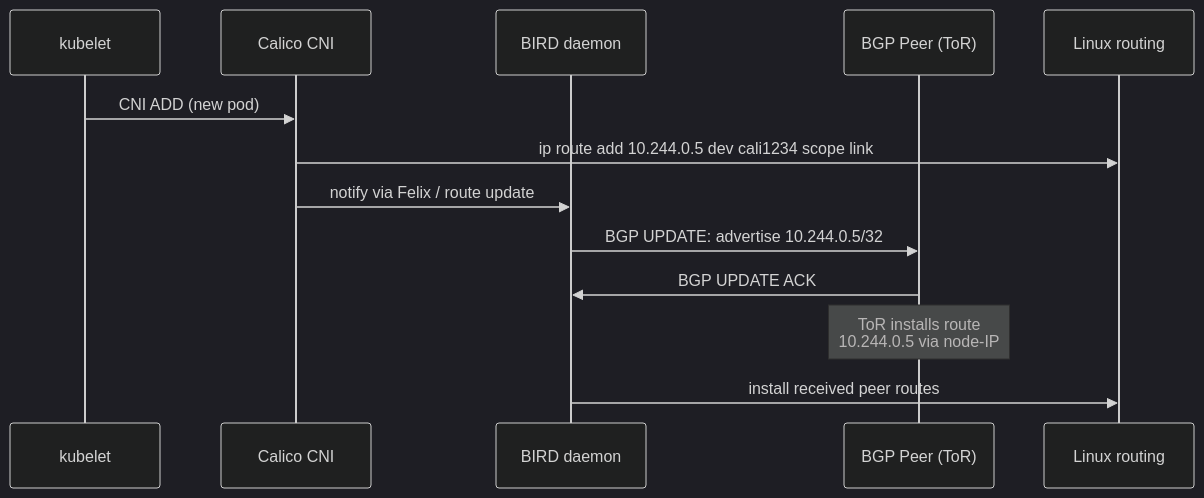
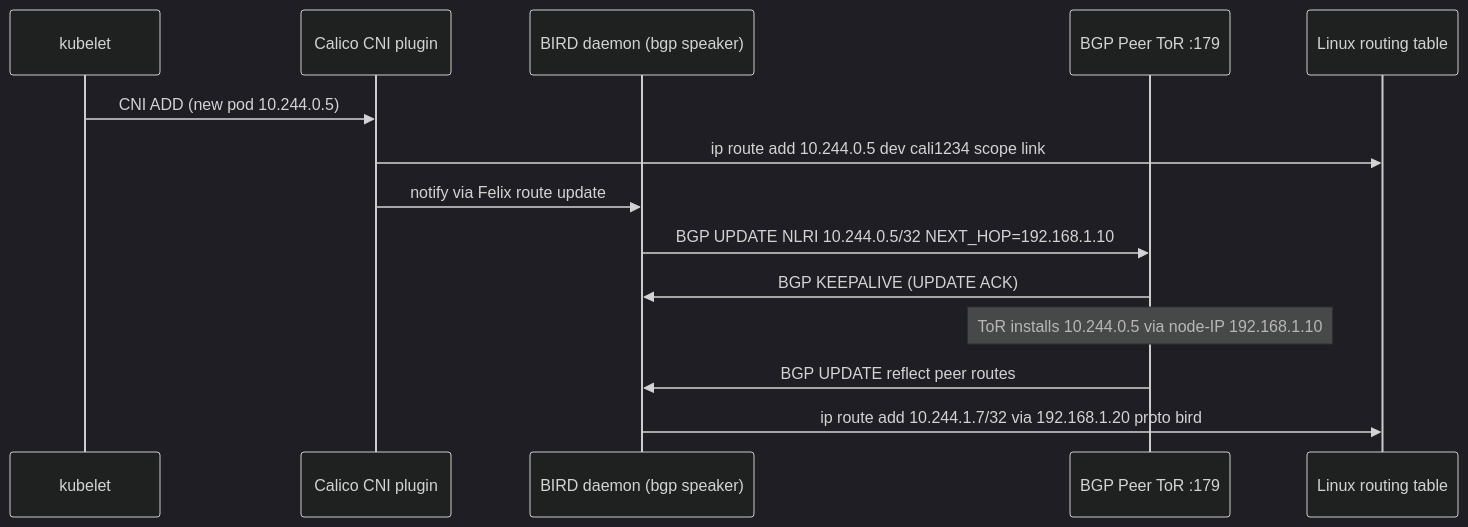
One commit to MykolaLebid/Kubernetes_networking_engineering changed the third of 4 diagrams in lessons/06-bgp-fundamentals.md. Above: the diagram before and after it, drawn with Mermaid (dark theme). The commit also changed other lines of this file and 35 other files, not shown here.

First line of the commit message:
Restructure all 34 lessons: Theory/Practice split, richer diagrams, industry examples, navigation

````diff
--- a/lessons/06-bgp-fundamentals.md
+++ b/lessons/06-bgp-fundamentals.md
@@ -131,16 +114,17 @@
 ```mermaid
 sequenceDiagram
     participant K as kubelet
-    participant CNI as Calico CNI
-    participant BIRD as BIRD daemon
-    participant Peer as BGP Peer (ToR)
-    participant OS as Linux routing
+    participant CNI as Calico CNI plugin
+    participant BIRD as BIRD daemon (bgp speaker)
+    participant Peer as BGP Peer ToR :179
+    participant OS as Linux routing table
 
-    K->>CNI: CNI ADD (new pod)
+    K->>CNI: CNI ADD (new pod 10.244.0.5)
     CNI->>OS: ip route add 10.244.0.5 dev cali1234 scope link
-    CNI->>BIRD: notify via Felix / route update
-    BIRD->>Peer: BGP UPDATE: advertise 10.244.0.5/32
-    Peer->>BIRD: BGP UPDATE ACK
-    Note over Peer: ToR installs route<br/>10.244.0.5 via node-IP
-    BIRD->>OS: install received peer routes
+    CNI->>BIRD: notify via Felix route update
+    BIRD->>Peer: BGP UPDATE NLRI 10.244.0.5/32 NEXT_HOP=192.168.1.10
+    Peer->>BIRD: BGP KEEPALIVE (UPDATE ACK)
+    Note over Peer: ToR installs 10.244.0.5 via node-IP 192.168.1.10
+    Peer->>BIRD: BGP UPDATE reflect peer routes
+    BIRD->>OS: ip route add 10.244.1.7/32 via 192.168.1.20 proto bird
 ```
````
